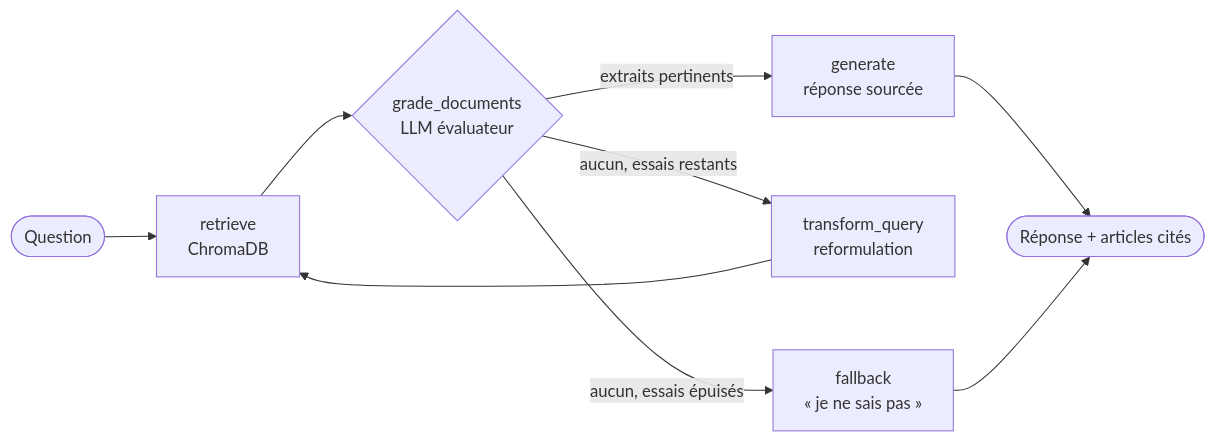
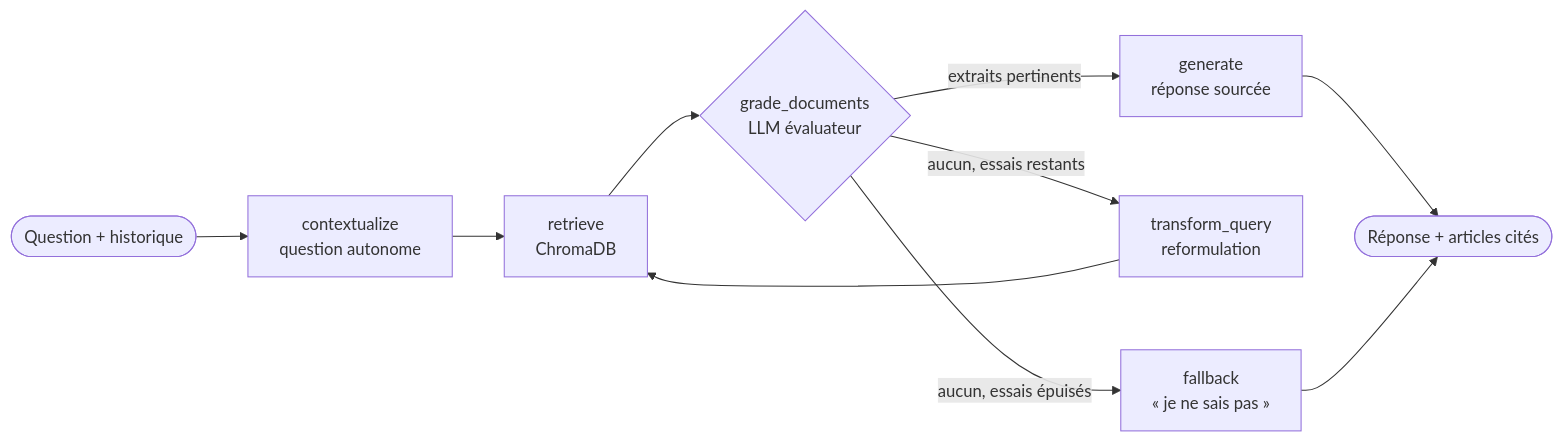
The diagram in README.md (GuyMartial24/rgpd-crag-agent), drawn with Mermaid before and after one commit. The commit also changed other lines of this file and 12 other files, not shown here.

````diff
--- a/README.md
+++ b/README.md
@@ -18,11 +22,12 @@
 ```mermaid
 flowchart LR
-    S([Question]) --> R[retrieve<br/>ChromaDB]
+    S([Question + historique]) --> C[contextualize<br/>question autonome]
+    C --> R[retrieve<br/>ChromaDB]
     R --> G{grade_documents<br/>LLM évaluateur}
     G -- extraits pertinents --> GEN[generate<br/>réponse sourcée]
     G -- aucun, essais restants --> T[transform_query<br/>reformulation]
     T --> R
     G -- aucun, essais épuisés --> F[fallback<br/>« je ne sais pas »]
     GEN --> E([Réponse + articles cités])
     F --> E
 ```
````
